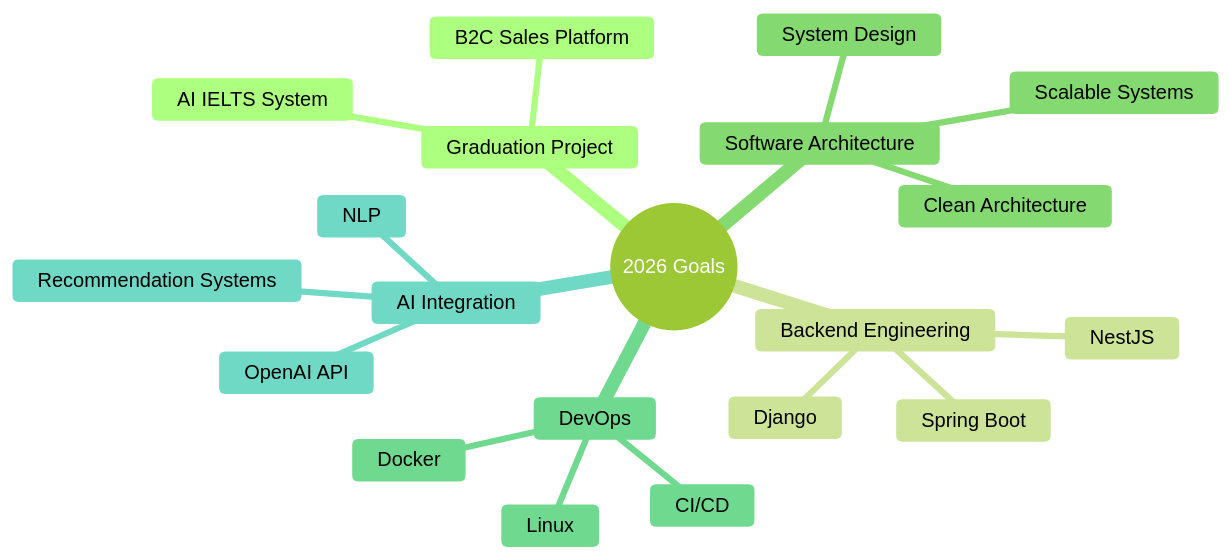
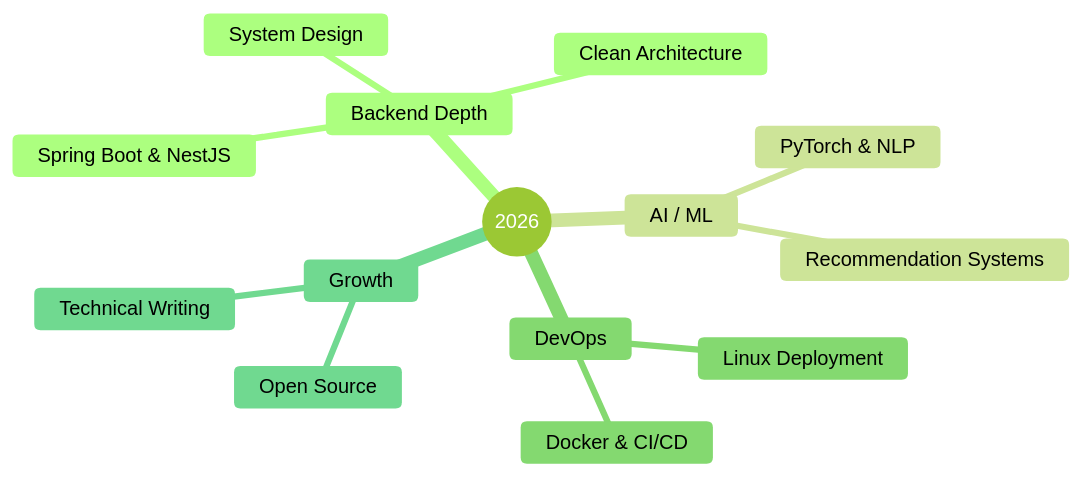
Before and after one commit to tuanphonghoang-cloud/tuanphong.hoang-cloud: the diagram in README.md, drawn with Mermaid (forest theme). The commit also changed other lines of this file, not shown here.

````diff
--- a/README.md
+++ b/README.md
@@ -153,23 +206,17 @@
 ```mermaid
 mindmap
-  root((2026 Goals))
-    Graduation Project
-      B2C Sales Platform
-      AI IELTS System
-    Backend Engineering
-      NestJS
-      Spring Boot
-      Django
-    Software Architecture
+  root((2026))
+    Backend Depth
+      Spring Boot & NestJS
       Clean Architecture
       System Design
-      Scalable Systems
+    AI / ML
+      PyTorch & NLP
+      Recommendation Systems
     DevOps
-      Docker
-      CI/CD
-      Linux
-    AI Integration
-      OpenAI API
-      NLP
-      Recommendation Systems
+      Docker & CI/CD
+      Linux Deployment
+    Growth
+      Open Source
+      Technical Writing
 ```
````
